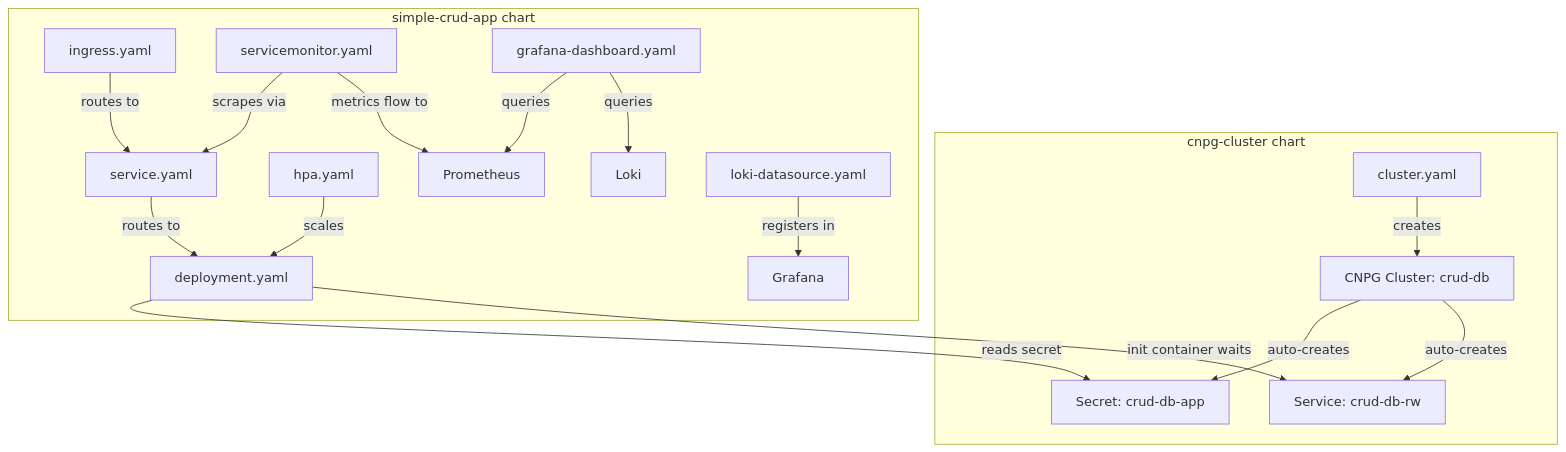
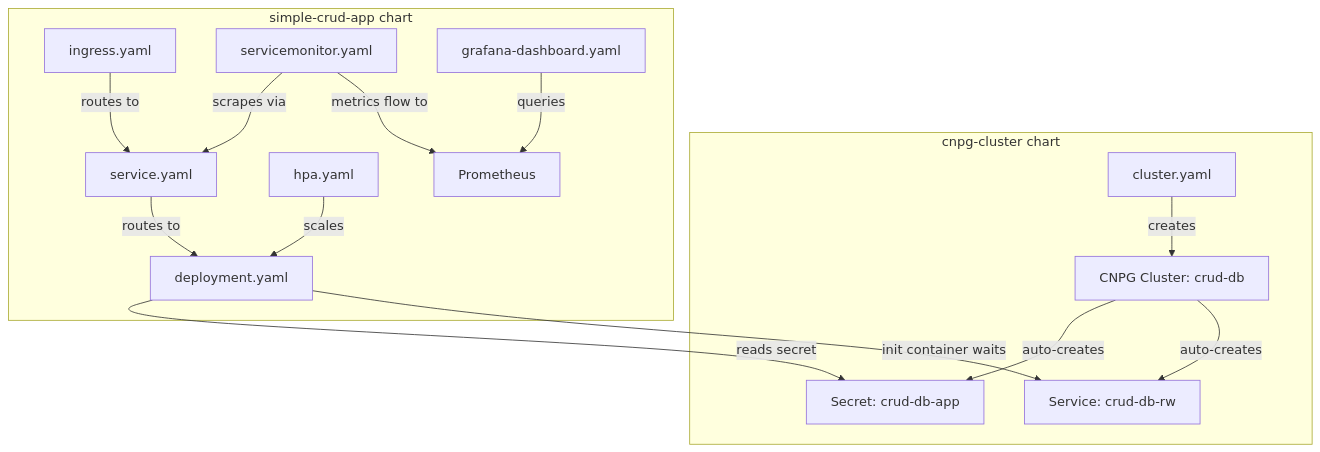
The diagram in helm/docs/README.md (selvakumarperumal/simple_crud_app), drawn with Mermaid before and after one commit. The commit also changed other lines of this file and 8 other files, not shown here.

````diff
--- a/helm/docs/README.md
+++ b/helm/docs/README.md
@@ -38,22 +37,20 @@
 ```mermaid
 graph TD
     subgraph "cnpg-cluster chart"
         A["cluster.yaml"] -->|creates| B["CNPG Cluster: crud-db"]
         B -->|auto-creates| C["Secret: crud-db-app"]
         B -->|auto-creates| D["Service: crud-db-rw"]
     end
 
     subgraph "simple-crud-app chart"
         E["deployment.yaml"] -->|reads secret| C
         E -->|init container waits| D
         F["service.yaml"] -->|routes to| E
         G["ingress.yaml"] -->|routes to| F
         H["hpa.yaml"] -->|scales| E
         I["servicemonitor.yaml"] -->|scrapes via| F
         J["grafana-dashboard.yaml"] -->|queries| K["Prometheus"]
-        J -->|queries| L["Loki"]
-        M["loki-datasource.yaml"] -->|registers in| N["Grafana"]
     end
 
     I -->|metrics flow to| K
 ```
````
